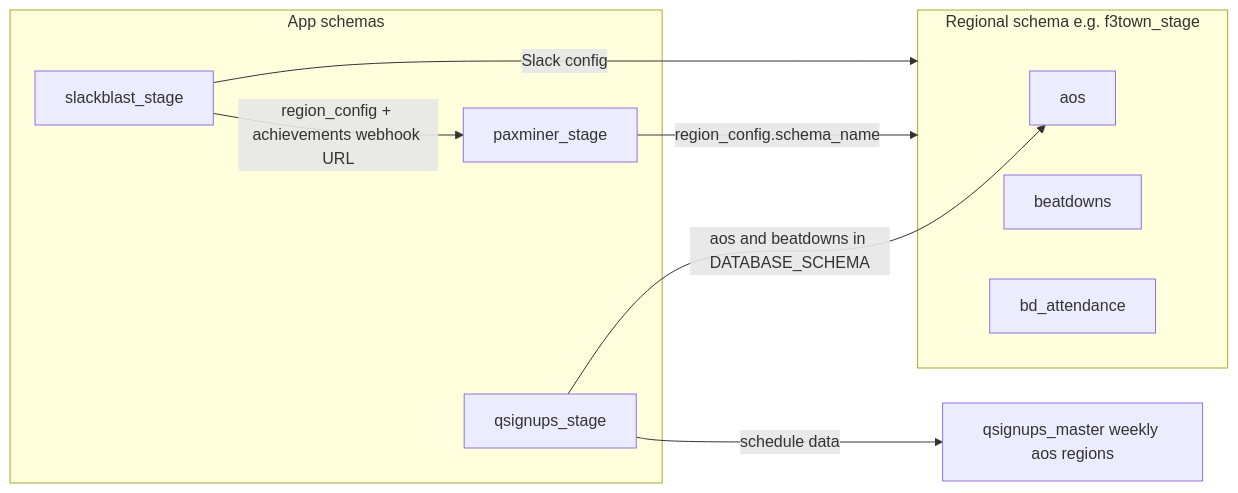
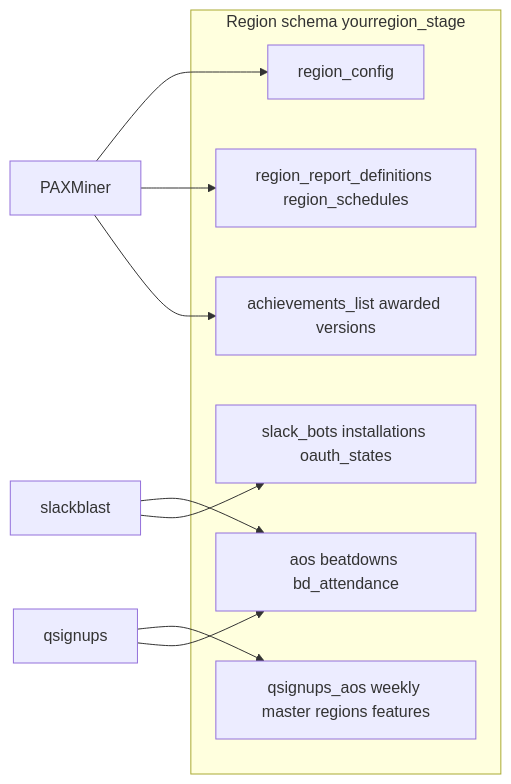
The diagram in docs/ARCHITECTURE.md (F3-Tulsa/slack-stack), drawn with Mermaid before and after one commit. The commit also changed other lines of this file and 45 other files, not shown here.

````diff
--- a/docs/ARCHITECTURE.md
+++ b/docs/ARCHITECTURE.md
@@ -31,18 +30,18 @@
 ```mermaid
 flowchart LR
-  subgraph app_schemas [App schemas]
-    PM[paxminer_stage]
-    SB[slackblast_stage]
-    QS[qsignups_stage]
+  subgraph region [Region schema yourregion_stage]
+    RC[region_config]
+    AOS[aos beatdowns bd_attendance]
+    REP[region_report_definitions region_schedules]
+    ACH[achievements_list awarded versions]
+    QS[qsignups_aos weekly master regions features]
+    OAUTH[slack_bots installations oauth_states]
   end
-  subgraph regional [Regional schema e.g. f3town_stage]
-    AOS[aos]
-    BD[beatdowns]
-    ATT[bd_attendance]
-  end
-  PM -->|region_config.schema_name| regional
-  SB -->|region_config + achievements webhook URL| PM
-  SB -->|Slack config| regional
-  QS -->|aos and beatdowns in DATABASE_SCHEMA| AOS
-  QS -->|schedule data| QSMASTER[qsignups_master weekly aos regions]
+  PM[PAXMiner] --> RC
+  PM --> REP
+  PM --> ACH
+  SB[slackblast] --> AOS
+  SB --> OAUTH
+  QSAPP[qsignups] --> QS
+  QSAPP --> AOS
 ```
````
